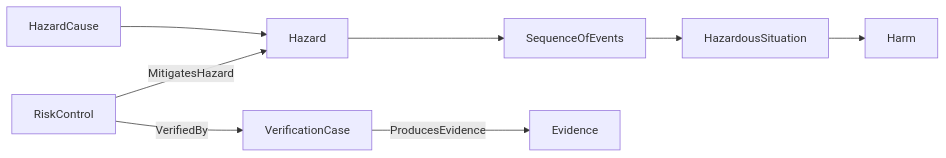
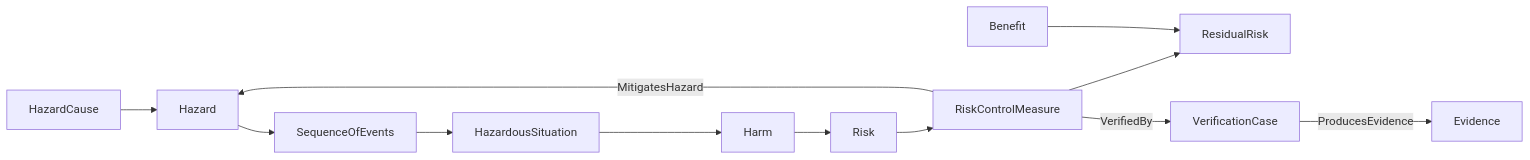
The diagram in docs/layers/risk-assurance.md (memoarchitect/memo), drawn with Mermaid before and after one commit. The commit also changed other lines of this file and 40 other files, not shown here.

````diff
--- a/docs/layers/risk-assurance.md
+++ b/docs/layers/risk-assurance.md
@@ -19,10 +25,14 @@
 ```mermaid
 flowchart LR
     Cause[HazardCause] --> Hazard[Hazard]
     Hazard --> Events[SequenceOfEvents]
     Events --> Situation[HazardousSituation]
     Situation --> Harm[Harm]
-    Control[RiskControl] -->|MitigatesHazard| Hazard
+    Harm --> Risk[Risk]
+    Control[RiskControlMeasure] -->|MitigatesHazard| Hazard
+    Risk --> Control
+    Control --> Residual[ResidualRisk]
+    Benefit[Benefit] --> Residual
     Control -->|VerifiedBy| Test[VerificationCase]
     Test -->|ProducesEvidence| Evidence[Evidence]
 ```
````
